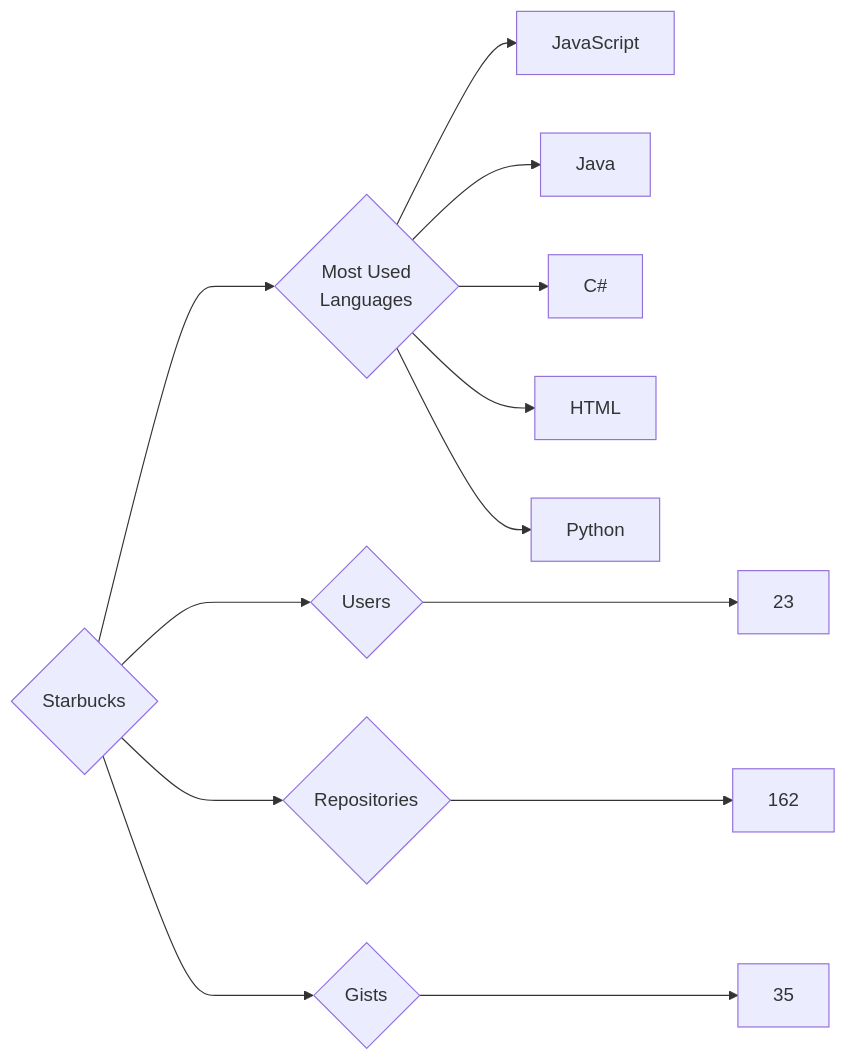
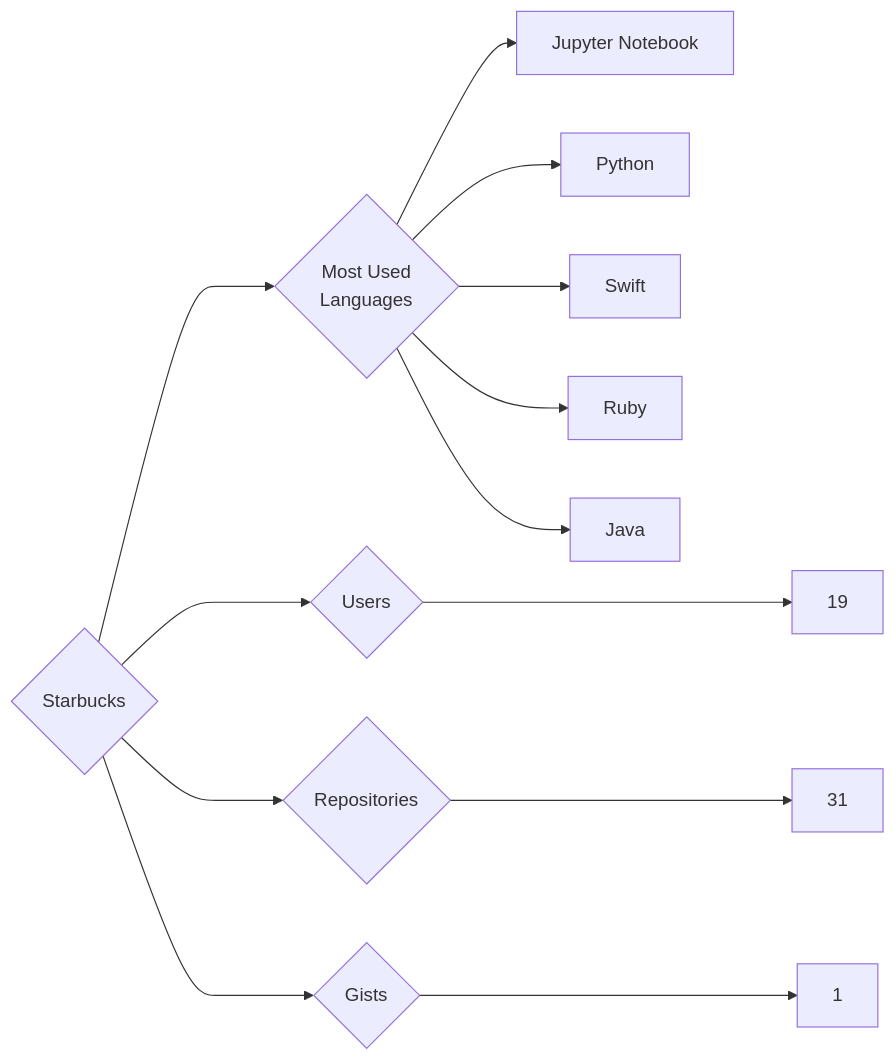
Before and after one commit to trickest/insiders: the diagram in targets/Starbucks/README.md, drawn with Mermaid. The commit also changed 964 other files, not shown here.

````diff
--- a/targets/Starbucks/README.md
+++ b/targets/Starbucks/README.md
@@ -3,13 +3,13 @@
 ```mermaid
 graph LR
 COMPANY_NAME{Starbucks}
-COMPANY_NAME ---> U{Users} ---> UN[23]
-COMPANY_NAME ---> R{Repositories} ---> RN[162]
-COMPANY_NAME ---> G{Gists} ---> GN[35]
+COMPANY_NAME ---> U{Users} ---> UN[19]
+COMPANY_NAME ---> R{Repositories} ---> RN[31]
+COMPANY_NAME ---> G{Gists} ---> GN[1]
 COMPANY_NAME ---> ML{Most Used<br>Languages}
-ML --> JavaScript[JavaScript]
+ML --> Jupyter_Notebook[Jupyter Notebook]
+ML --> Python[Python]
+ML --> Swift[Swift]
+ML --> Ruby[Ruby]
 ML --> Java[Java]
-ML --> C#[C#]
-ML --> HTML[HTML]
-ML --> Python[Python]
 ```
````
